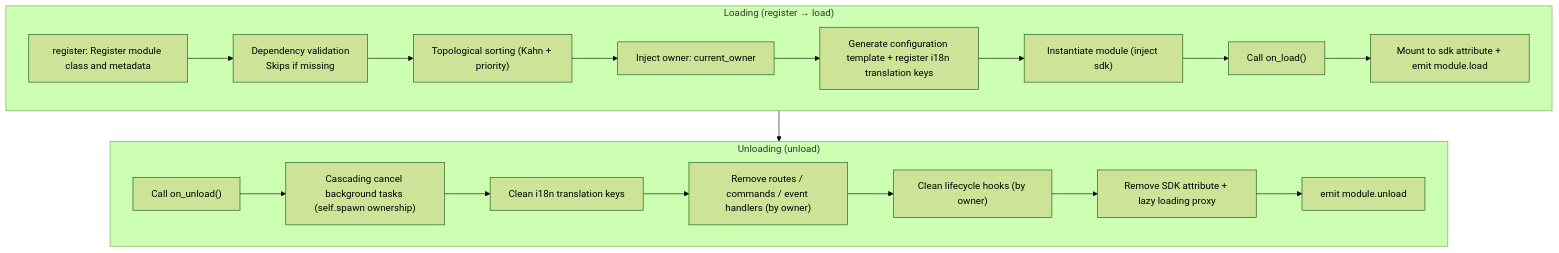
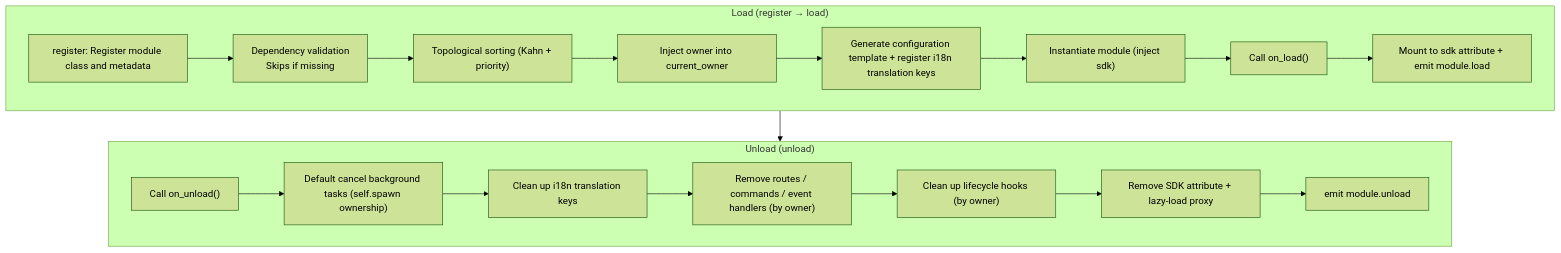
The diagram in docs/en/developer-guide/modules/core-concepts.md (ErisPulse/ErisPulse), drawn with Mermaid (forest theme) before and after one commit. The commit also changed other lines of this file and 17 other files, not shown here.

````diff
--- a/docs/en/developer-guide/modules/core-concepts.md
+++ b/docs/en/developer-guide/modules/core-concepts.md
@@ -93,23 +111,23 @@
 ```mermaid
 flowchart TD
-    subgraph Load["Loading (register → load)"]
+    subgraph Load["Load (register → load)"]
         L1["register: Register module class and metadata"] --> L2["Dependency validation<br/>Skips if missing"]
         L2 --> L3["Topological sorting (Kahn + priority)"]
-        L3 --> L4["Inject owner: current_owner"]
+        L3 --> L4["Inject owner into current_owner"]
         L4 --> L5["Generate configuration template + register i18n translation keys"]
         L5 --> L6["Instantiate module (inject sdk)"]
         L6 --> L7["Call on_load()"]
         L7 --> L8["Mount to sdk attribute + emit module.load"]
     end
 
-    subgraph Unload["Unloading (unload)"]
-        U1["Call on_unload()"] --> U2["Cascading cancel background tasks (self.spawn ownership)"]
-        U2 --> U3["Clean i18n translation keys"]
+    subgraph Unload["Unload (unload)"]
+        U1["Call on_unload()"] --> U2["Default cancel background tasks (self.spawn ownership)"]
+        U2 --> U3["Clean up i18n translation keys"]
         U3 --> U4["Remove routes / commands / event handlers (by owner)"]
-        U4 --> U5["Clean lifecycle hooks (by owner)"]
-        U5 --> U6["Remove SDK attribute + lazy loading proxy"]
+        U4 --> U5["Clean up lifecycle hooks (by owner)"]
+        U5 --> U6["Remove SDK attribute + lazy-load proxy"]
         U6 --> U7["emit module.unload"]
     end
 
     Load --> Unload
 ```
````
